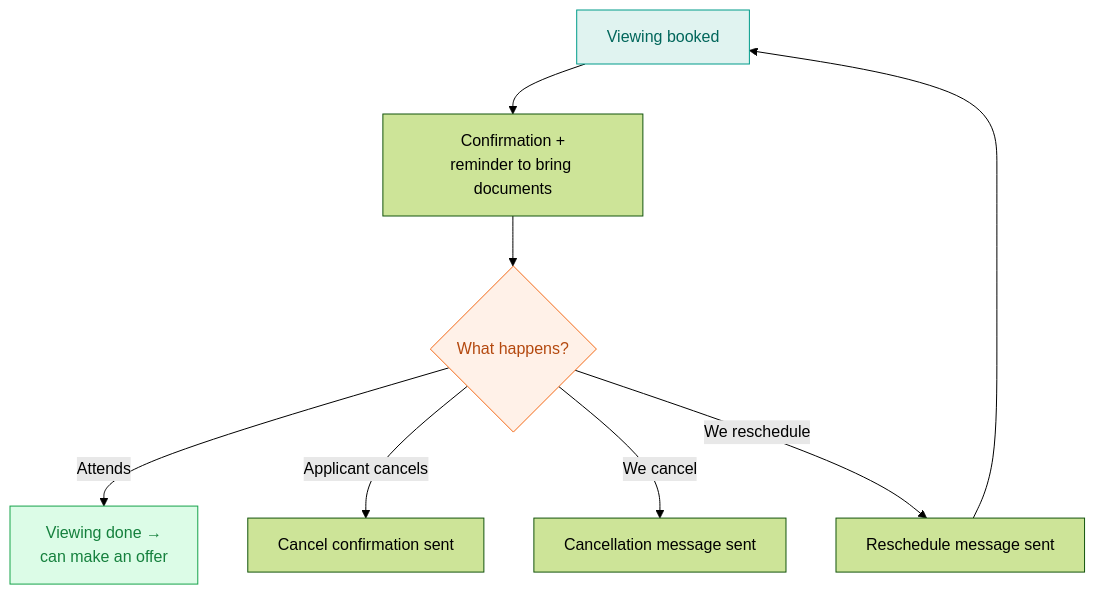
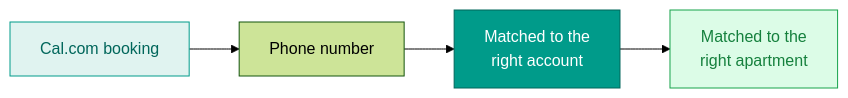
The fifth of 7 diagrams in docs/ApartmentHub-CRM.md (ApartmentHub03/ApartmentHub), drawn with Mermaid (forest theme) before and after one commit. The commit also changed other lines of this file, not shown here.

````diff
--- a/docs/ApartmentHub-CRM.md
+++ b/docs/ApartmentHub-CRM.md
@@ -136,13 +112,9 @@
 ```mermaid
-flowchart TD
-    BOOK[Viewing booked] --> CONF[Confirmation +<br/>reminder to bring documents]
-    CONF --> Q{What happens?}
-    Q -->|Attends| DONE[Viewing done →<br/>can make an offer]
-    Q -->|Applicant cancels| AC[Cancel confirmation sent]
-    Q -->|We cancel| WC[Cancellation message sent]
-    Q -->|We reschedule| RS[Reschedule message sent]
-    RS --> BOOK
-    style BOOK fill:#e0f3f0,stroke:#009B8A,color:#00665b
-    style DONE fill:#dcfce7,stroke:#16a34a,color:#15803D
-    style Q fill:#fff1e8,stroke:#F36B19,color:#b4490f
+flowchart LR
+    CAL[Cal.com booking] --> PH[Phone number]
+    PH --> ACC[Matched to the<br/>right account]
+    ACC --> APT[Matched to the<br/>right apartment]
+    style CAL fill:#e0f3f0,stroke:#009B8A,color:#00665b
+    style ACC fill:#009B8A,stroke:#00665b,color:#fff
+    style APT fill:#dcfce7,stroke:#16a34a,color:#15803D
 ```
````
